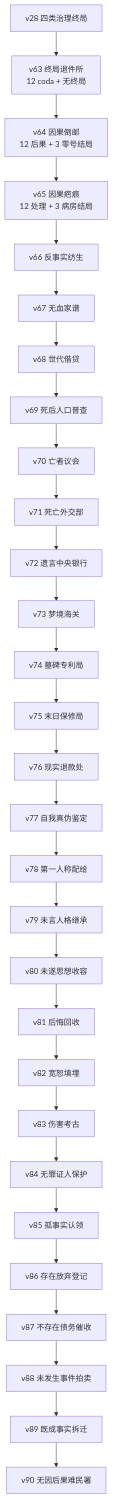
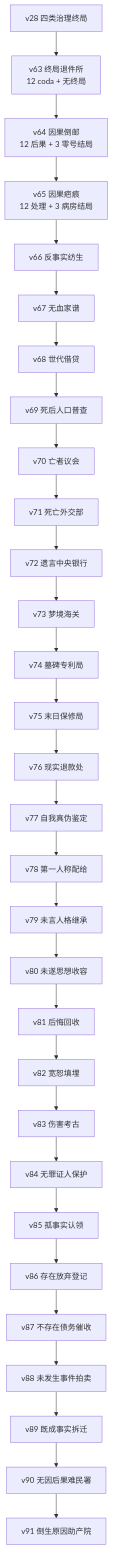
Before and after one commit to IwannaYuJie/goddead: the third of 6 diagrams in docs/GameplayFlow.md, drawn with Mermaid. The commit also changed other lines of this file and 8 other files, not shown here.

````diff
--- a/docs/GameplayFlow.md
+++ b/docs/GameplayFlow.md
@@ -152,31 +152,32 @@
 ```mermaid
 flowchart TD
     V28[v28 四类治理终局] --> V63[v63 终局退件所\n12 coda + 无终局]
     V63 --> V64[v64 因果倒邮\n12 后果 + 3 零号结局]
     V64 --> V65[v65 因果疤痕\n12 处理 + 3 病房结局]
     V65 --> V66[v66 反事实纺生]
     V66 --> V67[v67 无血家谱]
     V67 --> V68[v68 世代借贷]
     V68 --> V69[v69 死后人口普查]
     V69 --> V70[v70 亡者议会]
     V70 --> V71[v71 死亡外交部]
     V71 --> V72[v72 遗言中央银行]
     V72 --> V73[v73 梦境海关]
     V73 --> V74[v74 墓碑专利局]
     V74 --> V75[v75 末日保修局]
     V75 --> V76[v76 现实退款处]
     V76 --> V77[v77 自我真伪鉴定]
     V77 --> V78[v78 第一人称配给]
     V78 --> V79[v79 未言人格继承]
     V79 --> V80[v80 未遂思想收容]
     V80 --> V81[v81 后悔回收]
     V81 --> V82[v82 宽恕填埋]
     V82 --> V83[v83 伤害考古]
     V83 --> V84[v84 无罪证人保护]
     V84 --> V85[v85 孤事实认领]
     V85 --> V86[v86 存在放弃登记]
     V86 --> V87[v87 不存在债务催收]
     V87 --> V88[v88 未发生事件拍卖]
     V88 --> V89[v89 既成事实拆迁]
     V89 --> V90[v90 无因后果难民署]
+    V90 --> V91[v91 倒生原因助产院]
 ```
````
